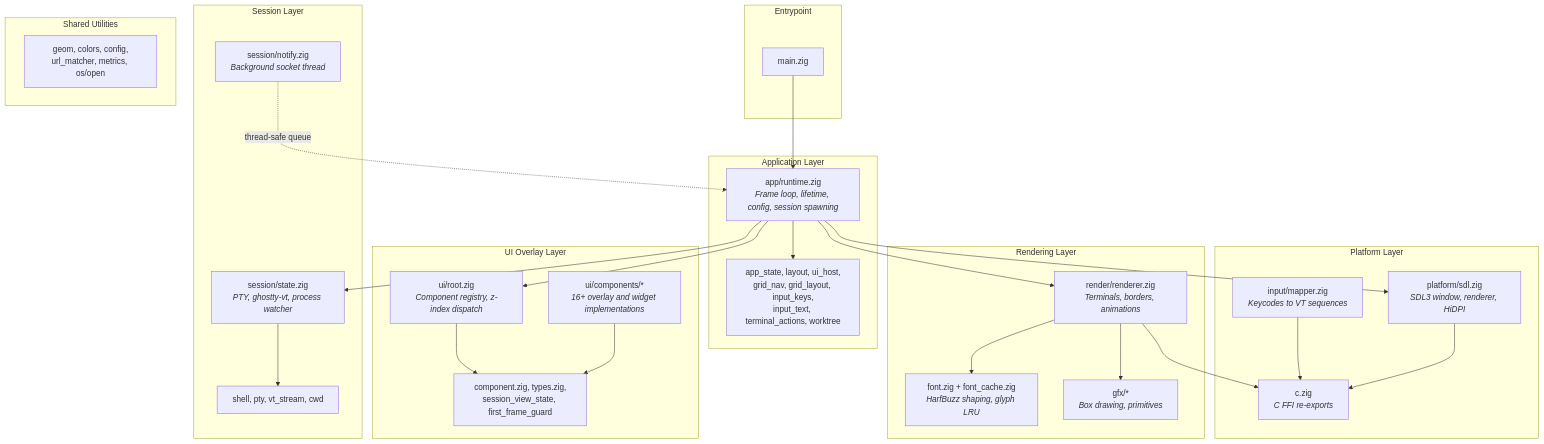
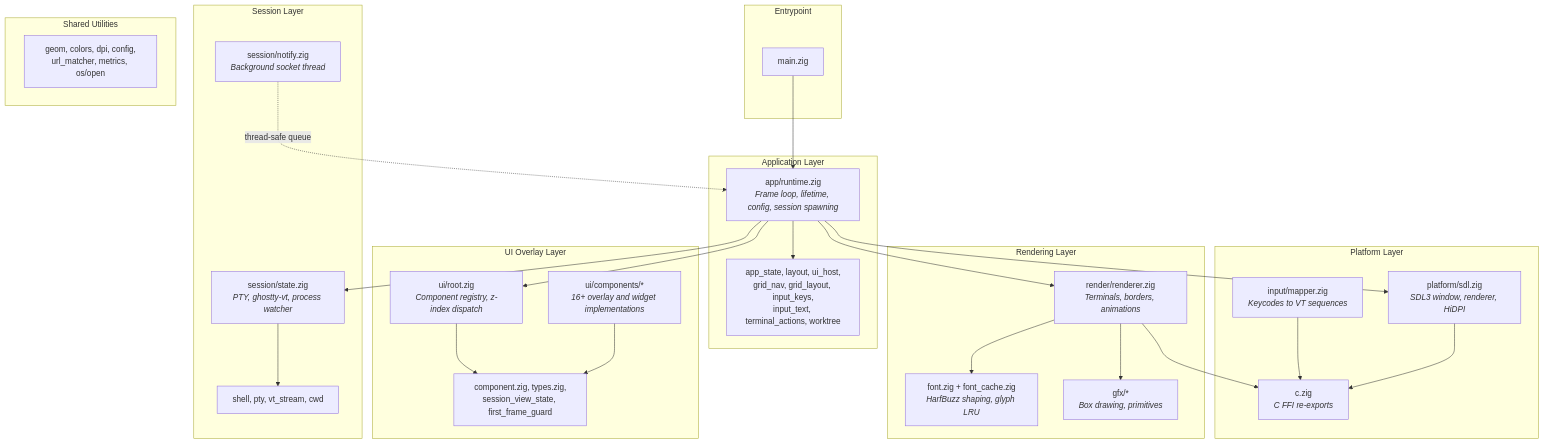
The diagram in docs/ARCHITECTURE.md (forketyfork/architect), drawn with Mermaid before and after one commit. The commit also changed other lines of this file and 1 other file, not shown here.

First line of the commit message:
docs: update ARCHITECTURE and README for nav wave and dpi.zig

````diff
--- a/docs/ARCHITECTURE.md
+++ b/docs/ARCHITECTURE.md
@@ -9,55 +9,55 @@
 ```mermaid
 graph TD
     subgraph Entrypoint
         MAIN["main.zig"]
     end
 
     subgraph Application Layer
         RT["app/runtime.zig<br/><i>Frame loop, lifetime, config, session spawning</i>"]
         APP_MODS["app_state, layout, ui_host,<br/>grid_nav, grid_layout, input_keys,<br/>input_text, terminal_actions, worktree"]
     end
 
     subgraph Platform Layer
         SDL["platform/sdl.zig<br/><i>SDL3 window, renderer, HiDPI</i>"]
         IM["input/mapper.zig<br/><i>Keycodes to VT sequences</i>"]
         CZIG["c.zig<br/><i>C FFI re-exports</i>"]
     end
 
     subgraph Session Layer
         SS["session/state.zig<br/><i>PTY, ghostty-vt, process watcher</i>"]
         SN["session/notify.zig<br/><i>Background socket thread</i>"]
         SESSION_MODS["shell, pty, vt_stream, cwd"]
     end
 
     subgraph Rendering Layer
         REN["render/renderer.zig<br/><i>Terminals, borders, animations</i>"]
         FONT["font.zig + font_cache.zig<br/><i>HarfBuzz shaping, glyph LRU</i>"]
         GFX["gfx/*<br/><i>Box drawing, primitives</i>"]
     end
 
     subgraph UI Overlay Layer
         UR["ui/root.zig<br/><i>Component registry, z-index dispatch</i>"]
         UI_CORE["component.zig, types.zig,<br/>session_view_state, first_frame_guard"]
         COMPONENTS["ui/components/*<br/><i>16+ overlay and widget implementations</i>"]
     end
 
     subgraph Shared Utilities
-        SHARED["geom, colors, config,<br/>url_matcher, metrics, os/open"]
+        SHARED["geom, colors, dpi, config,<br/>url_matcher, metrics, os/open"]
     end
 
     MAIN --> RT
     RT --> APP_MODS
     RT --> SDL
     RT --> SS
     RT --> REN
     RT --> UR
     SS --> SESSION_MODS
     SN -.->|"thread-safe queue"| RT
     REN --> FONT
     REN --> GFX
     UR --> UI_CORE
     COMPONENTS --> UI_CORE
     IM --> CZIG
     SDL --> CZIG
     REN --> CZIG
 ```
````
